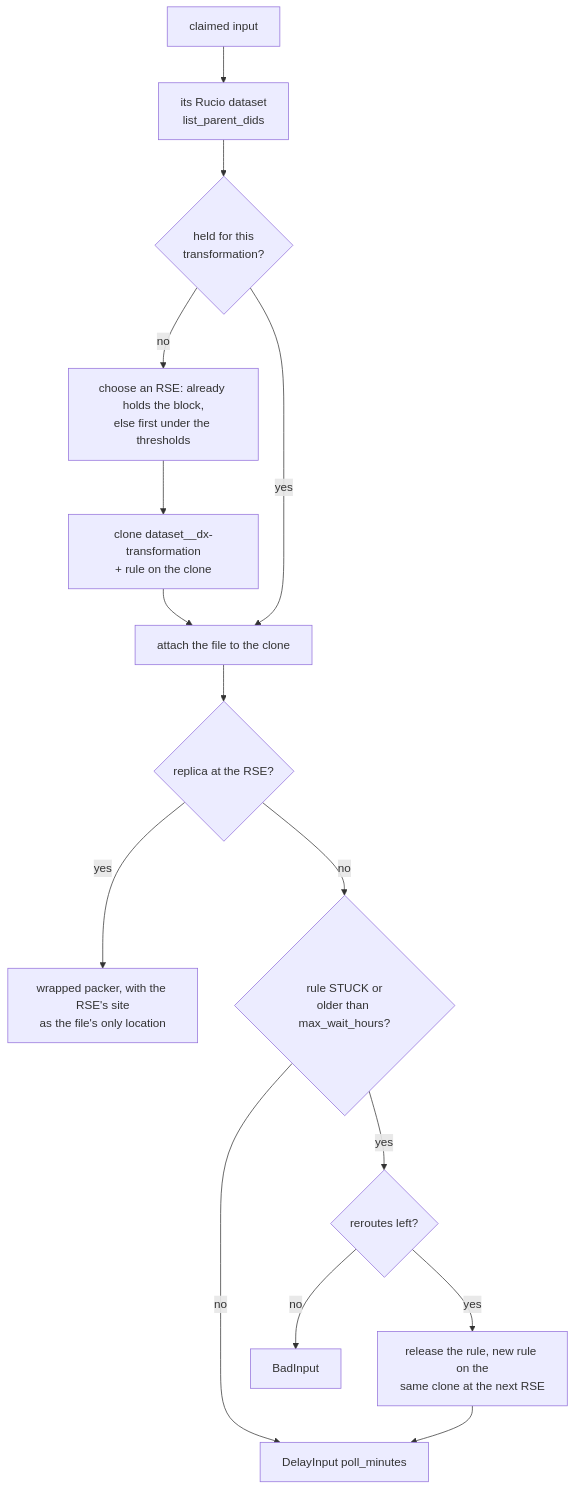
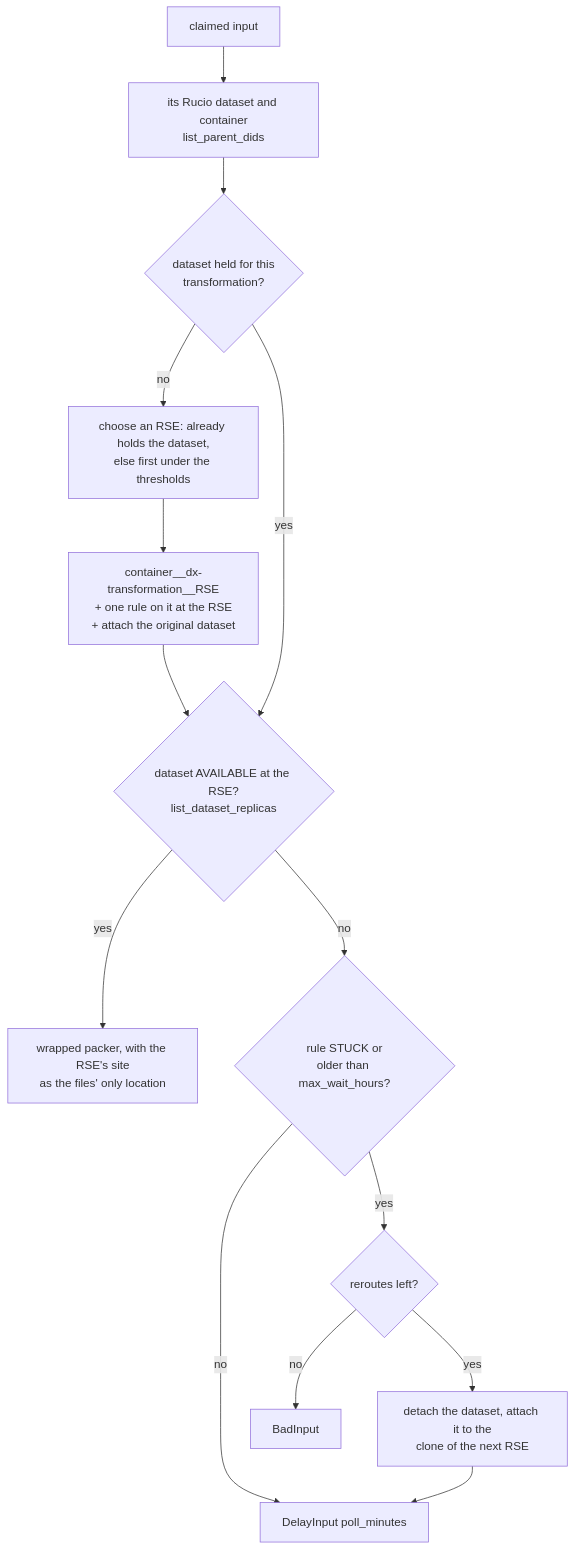
One commit to dciangot/diracx changed the first of 2 diagrams in examples/crab-splitting/README.md. Above: the diagram before and after it, drawn with Mermaid. The commit also changed other lines of this file and 2 other files, not shown here.

Commit message:
Docs: input rules on cloned containers, per-dataset monitoring (README, DX-ADR-010)

````diff
--- a/examples/crab-splitting/README.md
+++ b/examples/crab-splitting/README.md
@@ -223,16 +223,15 @@
 ```mermaid
 flowchart TD
-    I[claimed input] --> D[its Rucio dataset<br/>list_parent_dids]
-    D --> P{held for this<br/>transformation?}
-    P -- no --> C[choose an RSE: already holds the block,<br/>else first under the thresholds]
-    C --> K[clone dataset__dx-transformation<br/>+ rule on the clone]
-    K --> A
-    P -- yes --> A[attach the file to the clone]
-    A --> Q{replica at the RSE?}
-    Q -- yes --> W[wrapped packer, with the RSE's site<br/>as the file's only location]
+    I[claimed input] --> D[its Rucio dataset and container<br/>list_parent_dids]
+    D --> P{dataset held for this<br/>transformation?}
+    P -- no --> C[choose an RSE: already holds the dataset,<br/>else first under the thresholds]
+    C --> K[container__dx-transformation__RSE<br/>+ one rule on it at the RSE<br/>+ attach the original dataset]
+    K --> Q
+    P -- yes --> Q{dataset AVAILABLE at the RSE?<br/>list_dataset_replicas}
+    Q -- yes --> W[wrapped packer, with the RSE's site<br/>as the files' only location]
     Q -- no --> S{rule STUCK or<br/>older than max_wait_hours?}
     S -- no --> DL[DelayInput poll_minutes]
     S -- yes --> RR{reroutes left?}
-    RR -- yes --> N[release the rule, new rule on the<br/>same clone at the next RSE] --> DL
+    RR -- yes --> N[detach the dataset, attach it to the<br/>clone of the next RSE] --> DL
     RR -- no --> B[BadInput]
 ```
````
